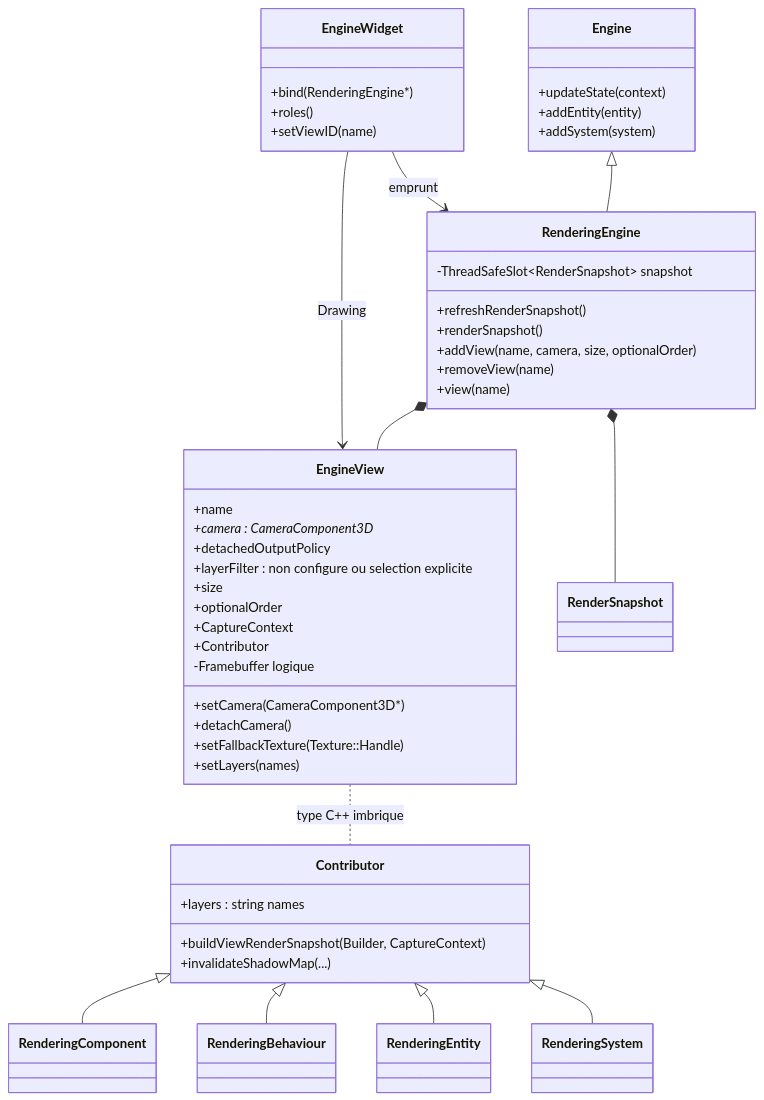
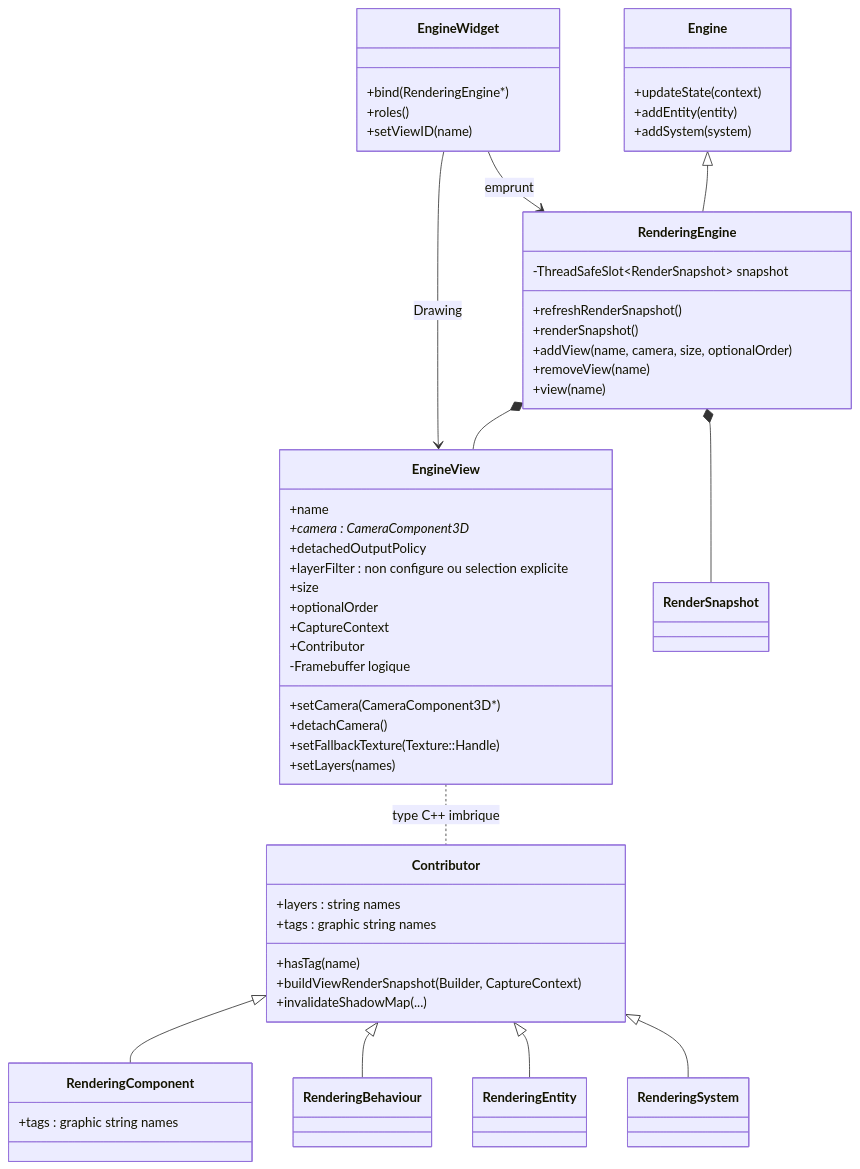
Before and after one commit to EreliaStudio/Sparkle: the sixth of 13 diagrams in docs/voxel-engine-v0.1.4-specification.md, drawn with Mermaid. The commit also changed other lines of this file, not shown here.

Commit message:
docs(v0.1.4): replace ShadowMode with graphics tags, preserving layered view filtering

````diff
--- a/docs/voxel-engine-v0.1.4-specification.md
+++ b/docs/voxel-engine-v0.1.4-specification.md
@@ -590,55 +590,59 @@
 ```mermaid
 classDiagram
   class Engine {
     +updateState(context)
     +addEntity(entity)
     +addSystem(system)
   }
   class RenderingEngine {
     +refreshRenderSnapshot()
     +renderSnapshot()
     +addView(name, camera, size, optionalOrder)
     +removeView(name)
     +view(name)
     -ThreadSafeSlot~RenderSnapshot~ snapshot
   }
   class EngineView {
     +name
     +camera : CameraComponent3D*
     +setCamera(CameraComponent3D*)
     +detachCamera()
     +detachedOutputPolicy
     +setFallbackTexture(Texture::Handle)
     +setLayers(names)
     +layerFilter : non configure ou selection explicite
     +size
     +optionalOrder
     +CaptureContext
     +Contributor
     -Framebuffer logique
   }
   class Contributor {
     +layers : string names
+    +tags : graphic string names
+    +hasTag(name)
     +buildViewRenderSnapshot(Builder, CaptureContext)
     +invalidateShadowMap(...)
   }
-  class RenderingComponent
+  class RenderingComponent {
+    +tags : graphic string names
+  }
   class RenderingBehaviour
   class RenderingEntity
   class RenderingSystem
   class EngineWidget {
     +bind(RenderingEngine*)
     +roles()
     +setViewID(name)
   }
   Engine <|-- RenderingEngine
   RenderingEngine *-- EngineView
   RenderingEngine *-- RenderSnapshot
   EngineView .. Contributor : type C++ imbrique
   Contributor <|-- RenderingComponent
   Contributor <|-- RenderingBehaviour
   Contributor <|-- RenderingEntity
   Contributor <|-- RenderingSystem
   EngineWidget --> RenderingEngine : emprunt
   EngineWidget --> EngineView : Drawing
 ```
````
